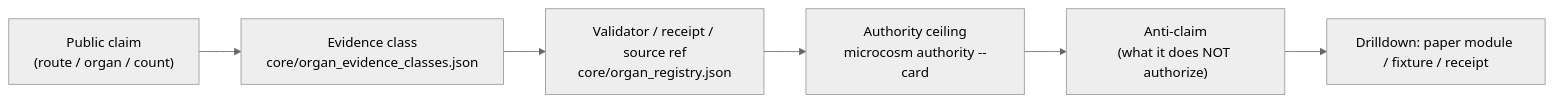
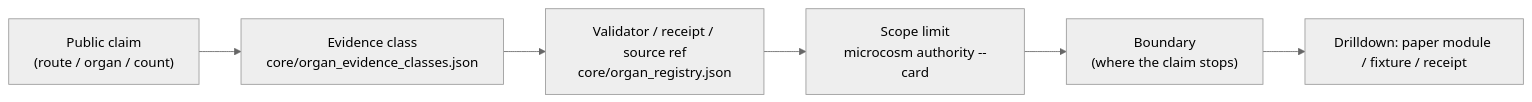
Before and after one commit to wcook04/plectis: the second of 5 diagrams in ARCHITECTURE.md, drawn with Mermaid (neutral theme). The commit also changed other lines of this file and 6 other files, not shown here.

Commit message:
Clean Microcosm public boundary copy

````diff
--- a/ARCHITECTURE.md
+++ b/ARCHITECTURE.md
@@ -38,8 +38,8 @@
 ```mermaid
 flowchart LR
   Claim["Public claim<br/>(route / organ / count)"] --> Class["Evidence class<br/>core/organ_evidence_classes.json"]
   Class --> Proof["Validator / receipt / source ref<br/>core/organ_registry.json"]
-  Proof --> Ceiling["Authority ceiling<br/>microcosm authority --card"]
-  Ceiling --> Anti["Anti-claim<br/>(what it does NOT authorize)"]
+  Proof --> Ceiling["Scope limit<br/>microcosm authority --card"]
+  Ceiling --> Anti["Boundary<br/>(where the claim stops)"]
   Anti --> Drill["Drilldown: paper module / fixture / receipt"]
 ```
````
